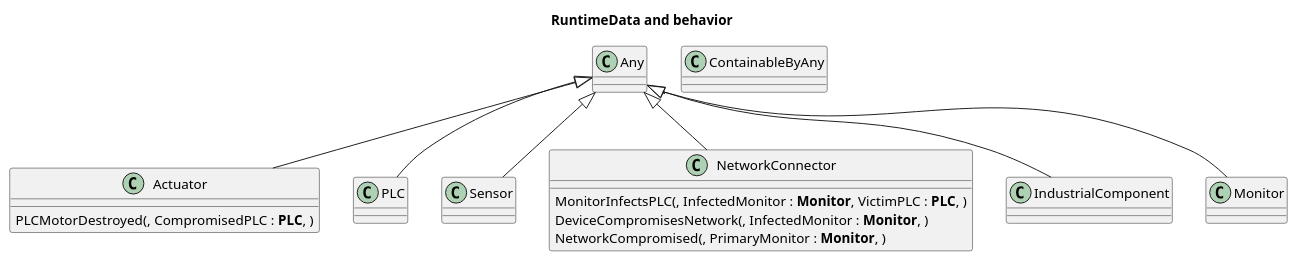
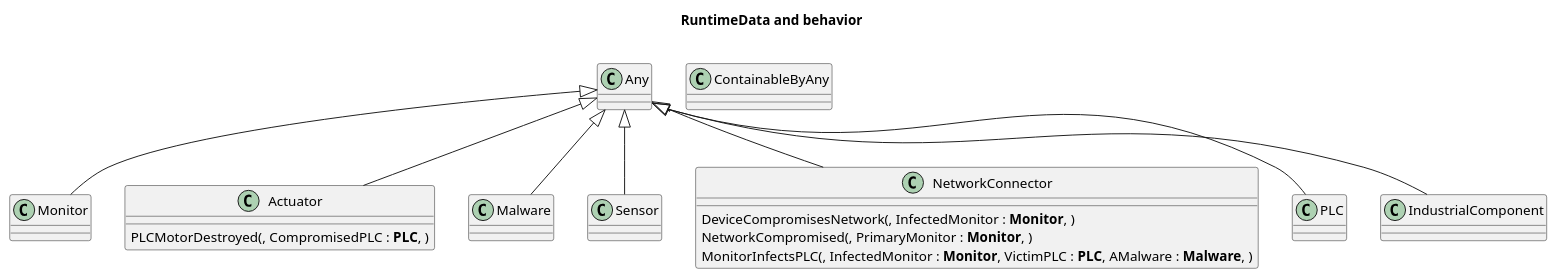
One commit to lewisccox/lc2071HonoursProject changed the diagram in doc-gen/plantuml/BehaviourDefinitions.rtd.class.plantuml. Above: the diagram before and after it, drawn with PlantUML. The commit also changed 10 other files, not shown here.

```diff
--- a/doc-gen/plantuml/BehaviourDefinitions.rtd.class.plantuml
+++ b/doc-gen/plantuml/BehaviourDefinitions.rtd.class.plantuml
@@ -1,31 +1,34 @@
 @startuml
 title RuntimeData and behavior
+class Monitor  {
+}
 class Actuator  {
 	PLCMotorDestroyed(, CompromisedPLC : **PLC**, )
 }
-class PLC  {
-}
-class Any  {
+class Malware  {
 }
 class Sensor  {
 }
 class ContainableByAny  {
 }
 class NetworkConnector  {
-	MonitorInfectsPLC(, InfectedMonitor : **Monitor**, VictimPLC : **PLC**, )
 	DeviceCompromisesNetwork(, InfectedMonitor : **Monitor**, )
 	NetworkCompromised(, PrimaryMonitor : **Monitor**, )
+	MonitorInfectsPLC(, InfectedMonitor : **Monitor**, VictimPLC : **PLC**, AMalware : **Malware**, )
+}
+class PLC  {
+}
+class Any  {
 }
 class IndustrialComponent  {
 }
-class Monitor  {
-}
 
 
+Monitor -up-|>  Any
 Actuator -up-|>  Any
-PLC -up-|>  Any
+Malware -up-|>  Any
 Sensor -up-|>  Any
 NetworkConnector -up-|>  Any
+PLC -up-|>  Any
 IndustrialComponent -up-|>  Any
-Monitor -up-|>  Any
 @enduml
```
